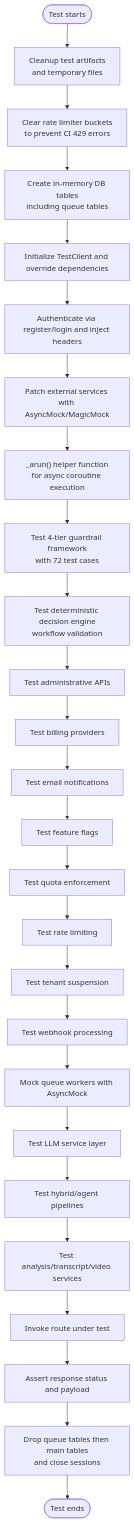
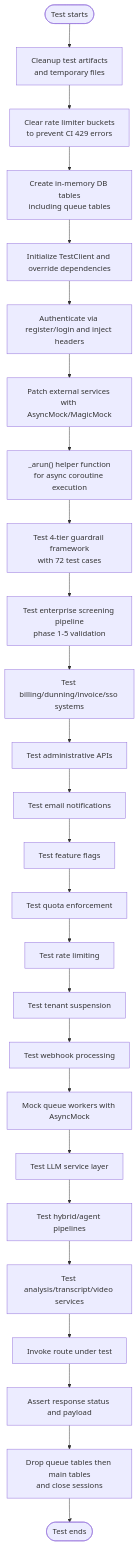
The third of 18 diagrams in .qoder/repowiki/en/content/Testing Strategy.md (Revanththetalogics/aireume), drawn with Mermaid before and after one commit. The commit also changed other lines of this file and 14 other files, not shown here.

````diff
--- a/.qoder/repowiki/en/content/Testing Strategy.md
+++ b/.qoder/repowiki/en/content/Testing Strategy.md
@@ -312,28 +360,28 @@
 ```mermaid
 flowchart TD
 Start(["Test starts"]) --> Cleanup["Cleanup test artifacts<br/>and temporary files"]
 Cleanup --> RLClear["Clear rate limiter buckets<br/>to prevent CI 429 errors"]
 RLClear --> DB["Create in-memory DB tables<br/>including queue tables"]
 DB --> Client["Initialize TestClient and override dependencies"]
 Client --> Auth["Authenticate via register/login and inject headers"]
 Auth --> Mocks["Patch external services with AsyncMock/MagicMock"]
 Mocks --> AsyncTest["_arun() helper function<br/>for async coroutine execution"]
 AsyncTest --> Guardrail["Test 4-tier guardrail framework<br/>with 72 test cases"]
-Guardrail --> Deterministic["Test deterministic decision engine<br/>workflow validation"]
-Deterministic --> Admin["Test administrative APIs"]
-Admin --> Billing["Test billing providers"]
-Billing --> Email["Test email notifications"]
+Guardrail --> Enterprise["Test enterprise screening pipeline<br/>phase 1-5 validation"]
+Enterprise --> Billing["Test billing/dunning/invoice/sso systems"]
+Billing --> Admin["Test administrative APIs"]
+Admin --> Email["Test email notifications"]
 Email --> Flags["Test feature flags"]
 Flags --> Quota["Test quota enforcement"]
 Quota --> Rate["Test rate limiting"]
 Rate --> Suspension["Test tenant suspension"]
 Suspension --> Webhooks["Test webhook processing"]
 Webhooks --> Queue["Mock queue workers with AsyncMock"]
 Queue --> LLM["Test LLM service layer"]
 LLM --> Pipelines["Test hybrid/agent pipelines"]
 Pipelines --> Services["Test analysis/transcript/video services"]
 Services --> RouteCall["Invoke route under test"]
 RouteCall --> Asserts["Assert response status and payload"]
 Asserts --> Cleanup2["Drop queue tables then main tables<br/>and close sessions"]
 Cleanup2 --> End(["Test ends"])
 ```
````
